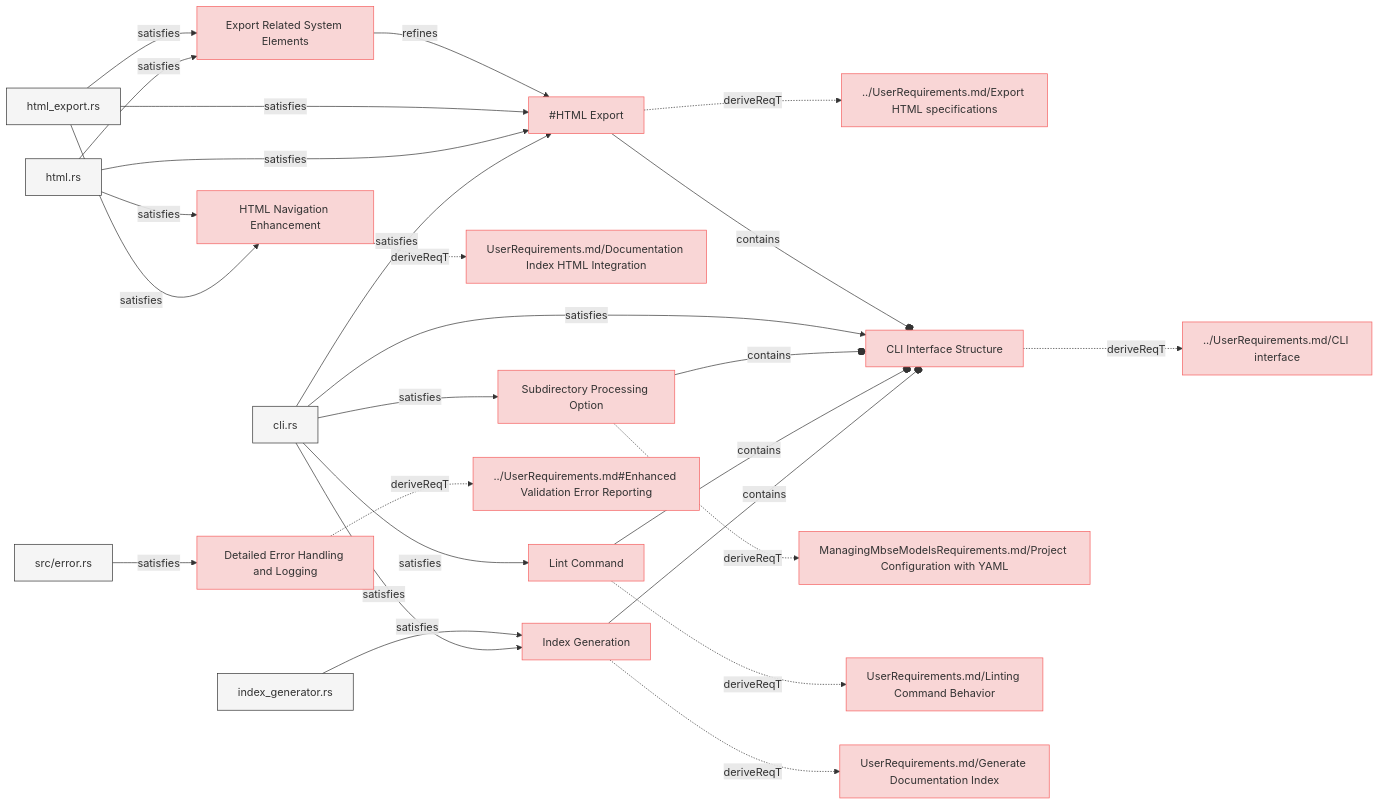
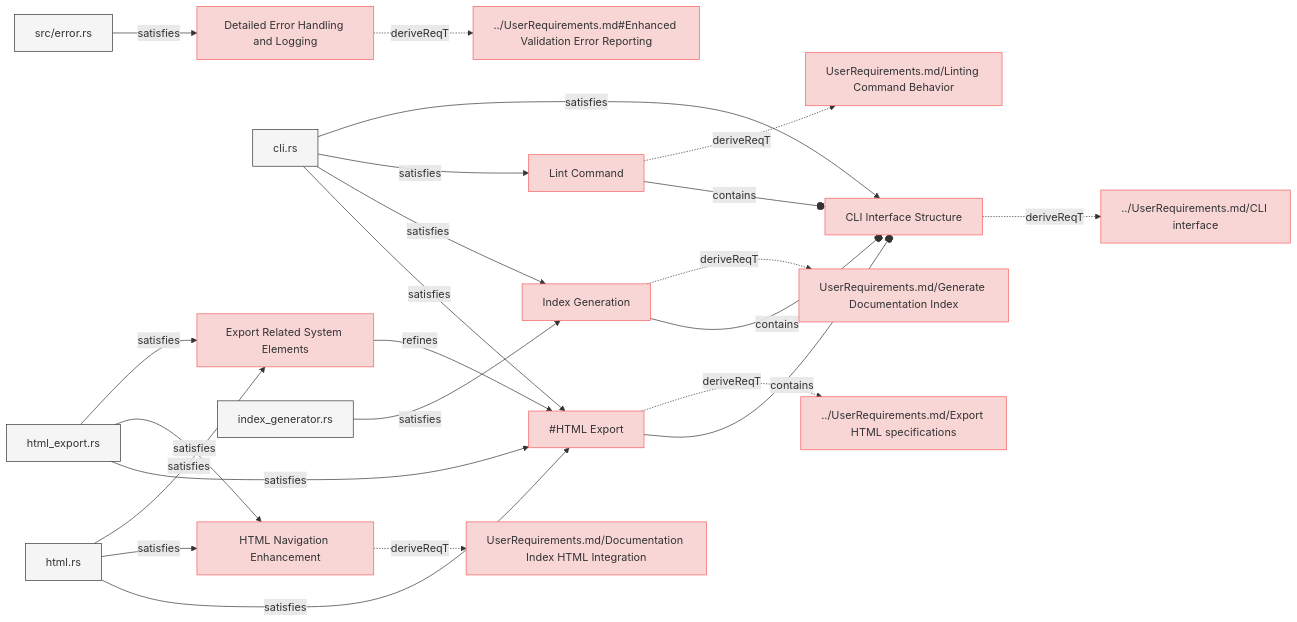
One commit to reqvire-org/reqvire changed the third of 8 diagrams in specifications/SystemRequirements/Requirements.md. Above: the diagram before and after it, drawn with Mermaid. The commit also changed other lines of this file and 14 other files, not shown here.

Commit message:
Diagrams updated.

````diff
--- a/specifications/SystemRequirements/Requirements.md
+++ b/specifications/SystemRequirements/Requirements.md
@@ -247,41 +247,9 @@
   class d0e6cc47b904faa5 default;
   click d0e6cc47b904faa5 "../../core/src/html.rs";
   d0e6cc47b904faa5 -->|satisfies| 5ffd0c57f51e3b22;
-  a4c40962cac85d0c["../UserRequirements.md/Export HTML specifications"];
-  class a4c40962cac85d0c requirement;
-  click a4c40962cac85d0c "../UserRequirements.md#export-html-specifications";
-  5deb63503bdf77c -.->|deriveReqT| a4c40962cac85d0c;
   8f22faacdb454b23["CLI Interface Structure"];
   class 8f22faacdb454b23 requirement;
   click 8f22faacdb454b23 "Requirements.md#cli-interface-structure";
-  5deb63503bdf77c --o|contains| 8f22faacdb454b23;
-  c3d63c5d4133e346["html_export.rs"];
-  class c3d63c5d4133e346 default;
-  click c3d63c5d4133e346 "../../core/src/html_export.rs";
-  c3d63c5d4133e346 -->|satisfies| 5deb63503bdf77c;
-  d0e6cc47b904faa5["html.rs"];
-  class d0e6cc47b904faa5 default;
-  click d0e6cc47b904faa5 "../../core/src/html.rs";
-  d0e6cc47b904faa5 -->|satisfies| 5deb63503bdf77c;
-  80defdd4cbc7ee18["cli.rs"];
-  class 80defdd4cbc7ee18 default;
-  click 80defdd4cbc7ee18 "../../cli/src/cli.rs";
-  80defdd4cbc7ee18 -->|satisfies| 5deb63503bdf77c;
-  c1851df0c89e80f8["HTML Navigation Enhancement"];
-  class c1851df0c89e80f8 requirement;
-  click c1851df0c89e80f8 "Requirements.md#html-navigation-enhancement";
-  84b3d0502132adb5["UserRequirements.md/Documentation Index HTML Integration"];
-  class 84b3d0502132adb5 requirement;
-  click 84b3d0502132adb5 "../UserRequirements.md#documentation-index-html-integration";
-  c1851df0c89e80f8 -.->|deriveReqT| 84b3d0502132adb5;
-  d0e6cc47b904faa5["html.rs"];
-  class d0e6cc47b904faa5 default;
-  click d0e6cc47b904faa5 "../../core/src/html.rs";
-  d0e6cc47b904faa5 -->|satisfies| c1851df0c89e80f8;
-  c3d63c5d4133e346["html_export.rs"];
-  class c3d63c5d4133e346 default;
-  click c3d63c5d4133e346 "../../core/src/html_export.rs";
-  c3d63c5d4133e346 -->|satisfies| c1851df0c89e80f8;
   f28849d46c19af44["../UserRequirements.md/CLI interface"];
   class f28849d46c19af44 requirement;
   click f28849d46c19af44 "../UserRequirements.md#cli-interface";
@@ -290,18 +258,17 @@
   class 80defdd4cbc7ee18 default;
   click 80defdd4cbc7ee18 "../../cli/src/cli.rs";
   80defdd4cbc7ee18 -->|satisfies| 8f22faacdb454b23;
-  7bdf935ec6d8effe["Subdirectory Processing Option"];
-  class 7bdf935ec6d8effe requirement;
-  click 7bdf935ec6d8effe "Requirements.md#subdirectory-processing-option";
-  16b4b380c917deb1["ManagingMbseModelsRequirements.md/Project Configuration with YAML"];
-  class 16b4b380c917deb1 requirement;
-  click 16b4b380c917deb1 "../ManagingMbseModelsRequirements.md#project-configuration-with-yaml";
-  7bdf935ec6d8effe -.->|deriveReqT| 16b4b380c917deb1;
-  80defdd4cbc7ee18["cli.rs"];
-  class 80defdd4cbc7ee18 default;
-  click 80defdd4cbc7ee18 "../../cli/src/cli.rs";
-  80defdd4cbc7ee18 -->|satisfies| 7bdf935ec6d8effe;
-  7bdf935ec6d8effe --o|contains| 8f22faacdb454b23;
+  4ecd49d71920c1fc["Detailed Error Handling and Logging"];
+  class 4ecd49d71920c1fc requirement;
+  click 4ecd49d71920c1fc "Requirements.md#detailed-error-handling-and-logging";
+  3b10b8811daaed67["../UserRequirements.md#Enhanced Validation Error Reporting"];
+  class 3b10b8811daaed67 requirement;
+  click 3b10b8811daaed67 "../UserRequirements.md#enhanced-validation-error-reporting";
+  4ecd49d71920c1fc -.->|deriveReqT| 3b10b8811daaed67;
+  a581221890d15c0c["src/error.rs"];
+  class a581221890d15c0c default;
+  click a581221890d15c0c "../../core/src/error.rs";
+  a581221890d15c0c -->|satisfies| 4ecd49d71920c1fc;
   deaec107945edbed["Lint Command"];
   class deaec107945edbed requirement;
   click deaec107945edbed "Requirements.md#lint-command";
@@ -314,17 +281,6 @@
   class 80defdd4cbc7ee18 default;
   click 80defdd4cbc7ee18 "../../cli/src/cli.rs";
   80defdd4cbc7ee18 -->|satisfies| deaec107945edbed;
-  4ecd49d71920c1fc["Detailed Error Handling and Logging"];
-  class 4ecd49d71920c1fc requirement;
-  click 4ecd49d71920c1fc "Requirements.md#detailed-error-handling-and-logging";
-  3b10b8811daaed67["../UserRequirements.md#Enhanced Validation Error Reporting"];
-  class 3b10b8811daaed67 requirement;
-  click 3b10b8811daaed67 "../UserRequirements.md#enhanced-validation-error-reporting";
-  4ecd49d71920c1fc -.->|deriveReqT| 3b10b8811daaed67;
-  a581221890d15c0c["src/error.rs"];
-  class a581221890d15c0c default;
-  click a581221890d15c0c "../../core/src/error.rs";
-  a581221890d15c0c -->|satisfies| 4ecd49d71920c1fc;
   a21995894299effb["Index Generation"];
   class a21995894299effb requirement;
   click a21995894299effb "Requirements.md#index-generation";
@@ -341,4 +297,36 @@
   class 80defdd4cbc7ee18 default;
   click 80defdd4cbc7ee18 "../../cli/src/cli.rs";
   80defdd4cbc7ee18 -->|satisfies| a21995894299effb;
+  c1851df0c89e80f8["HTML Navigation Enhancement"];
+  class c1851df0c89e80f8 requirement;
+  click c1851df0c89e80f8 "Requirements.md#html-navigation-enhancement";
+  84b3d0502132adb5["UserRequirements.md/Documentation Index HTML Integration"];
+  class 84b3d0502132adb5 requirement;
+  click 84b3d0502132adb5 "../UserRequirements.md#documentation-index-html-integration";
+  c1851df0c89e80f8 -.->|deriveReqT| 84b3d0502132adb5;
+  d0e6cc47b904faa5["html.rs"];
+  class d0e6cc47b904faa5 default;
+  click d0e6cc47b904faa5 "../../core/src/html.rs";
+  d0e6cc47b904faa5 -->|satisfies| c1851df0c89e80f8;
+  c3d63c5d4133e346["html_export.rs"];
+  class c3d63c5d4133e346 default;
+  click c3d63c5d4133e346 "../../core/src/html_export.rs";
+  c3d63c5d4133e346 -->|satisfies| c1851df0c89e80f8;
+  a4c40962cac85d0c["../UserRequirements.md/Export HTML specifications"];
+  class a4c40962cac85d0c requirement;
+  click a4c40962cac85d0c "../UserRequirements.md#export-html-specifications";
+  5deb63503bdf77c -.->|deriveReqT| a4c40962cac85d0c;
+  5deb63503bdf77c --o|contains| 8f22faacdb454b23;
+  c3d63c5d4133e346["html_export.rs"];
+  class c3d63c5d4133e346 default;
+  click c3d63c5d4133e346 "../../core/src/html_export.rs";
+  c3d63c5d4133e346 -->|satisfies| 5deb63503bdf77c;
+  d0e6cc47b904faa5["html.rs"];
+  class d0e6cc47b904faa5 default;
+  click d0e6cc47b904faa5 "../../core/src/html.rs";
+  d0e6cc47b904faa5 -->|satisfies| 5deb63503bdf77c;
+  80defdd4cbc7ee18["cli.rs"];
+  class 80defdd4cbc7ee18 default;
+  click 80defdd4cbc7ee18 "../../cli/src/cli.rs";
+  80defdd4cbc7ee18 -->|satisfies| 5deb63503bdf77c;
 ```
````
